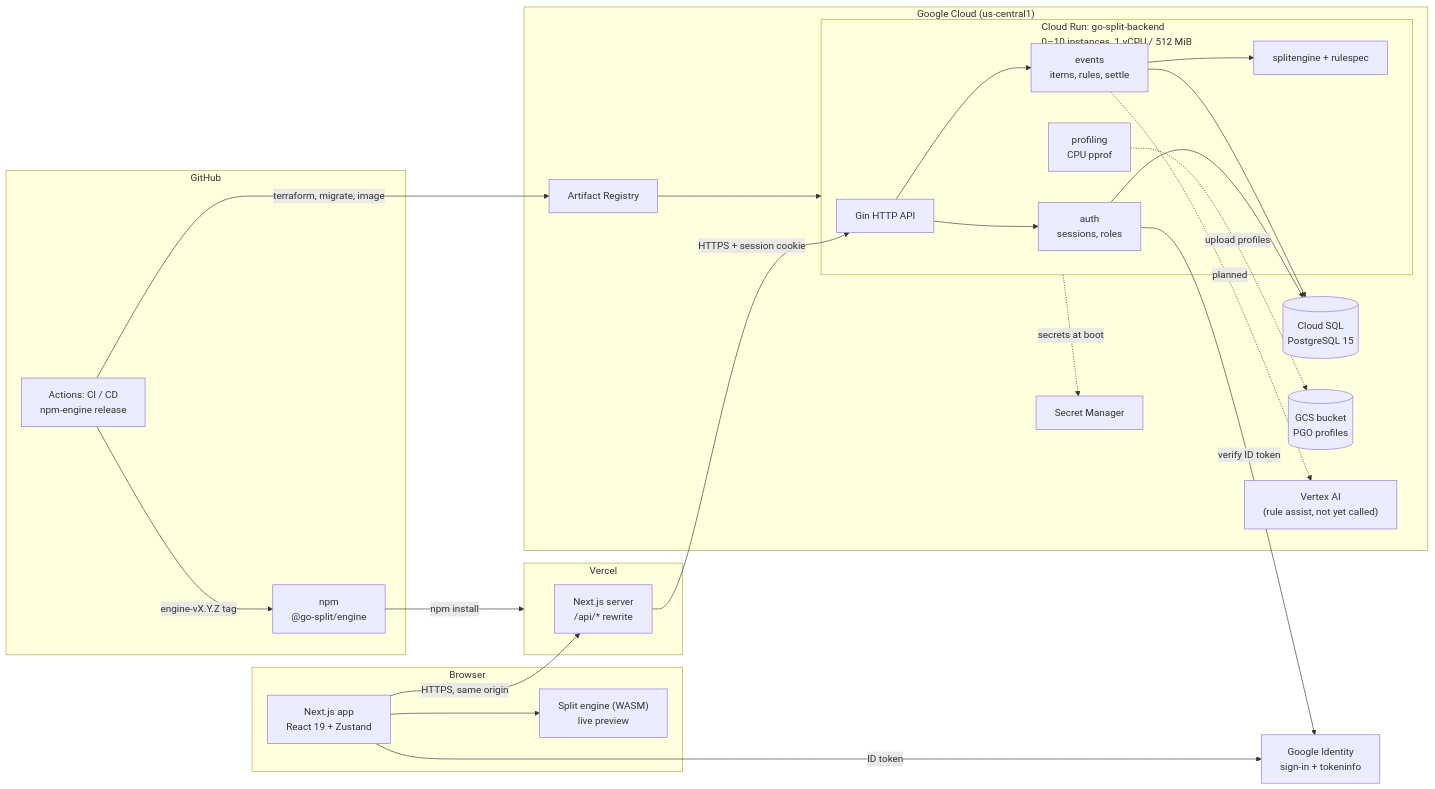
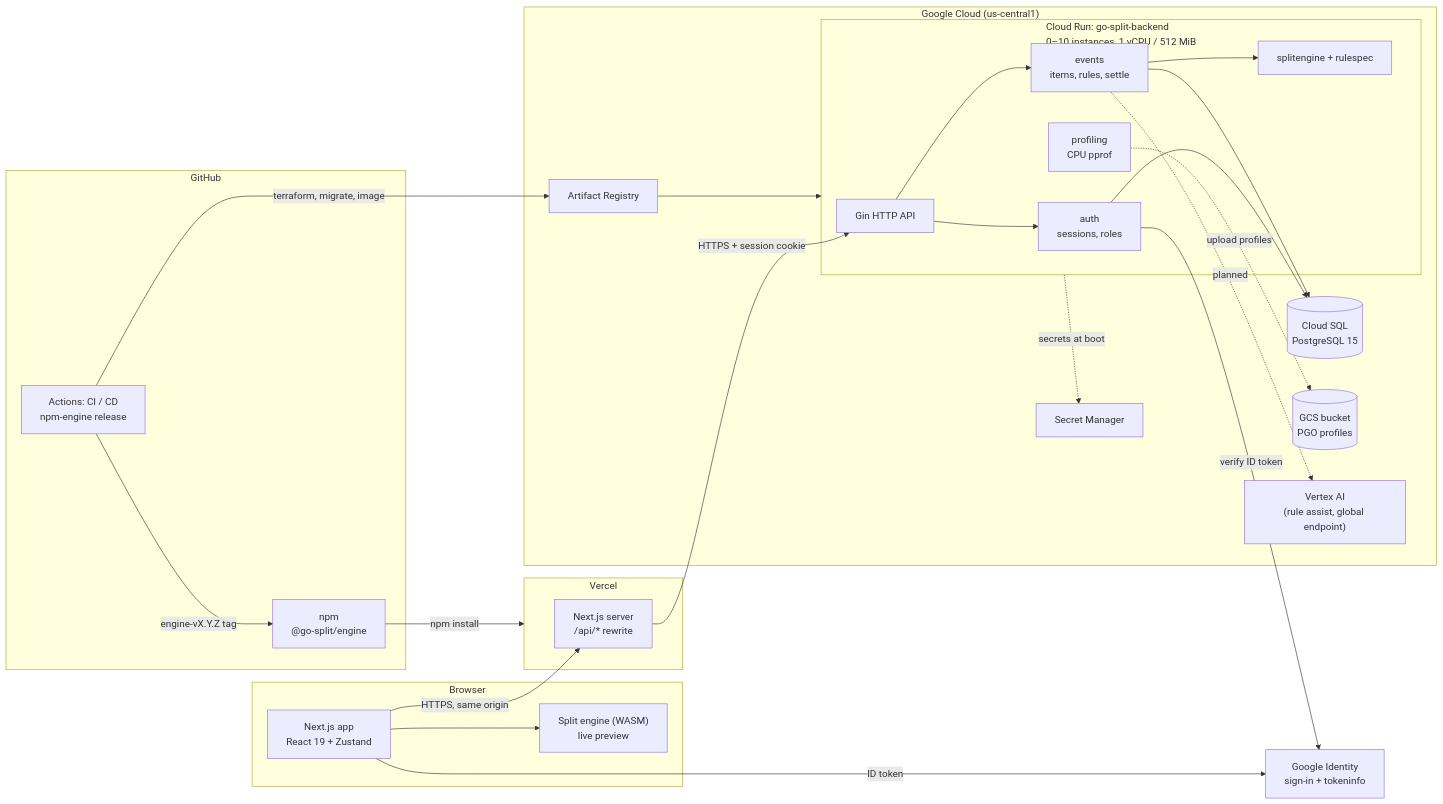
Before and after one commit to 2026-MentorShip-Project/go-split-backend: the third of 3 diagrams in docs/report/01-architecture.md, drawn with Mermaid. The commit also changed other lines of this file and 8 other files, not shown here.

````diff
--- a/docs/report/01-architecture.md
+++ b/docs/report/01-architecture.md
@@ -124,52 +124,52 @@
 ```mermaid
 flowchart LR
     subgraph Browser
         UI["Next.js app<br/>React 19 + Zustand"]
         WASM["Split engine (WASM)<br/>live preview"]
         UI --> WASM
     end
 
     Google["Google Identity<br/>sign-in + tokeninfo"]
 
     subgraph Vercel
         FE["Next.js server<br/>/api/* rewrite"]
     end
 
     subgraph GCP["Google Cloud (us-central1)"]
         subgraph Run["Cloud Run: go-split-backend<br/>0–10 instances, 1 vCPU / 512 MiB"]
             API["Gin HTTP API"]
             AUTH["auth<br/>sessions, roles"]
             EVT["events<br/>items, rules, settle"]
             ENG["splitengine + rulespec"]
             PROF["profiling<br/>CPU pprof"]
             API --> AUTH
             API --> EVT
             EVT --> ENG
         end
         SQL[("Cloud SQL<br/>PostgreSQL 15")]
         SM["Secret Manager"]
         GCS[("GCS bucket<br/>PGO profiles")]
-        VTX["Vertex AI<br/>(rule assist, not yet called)"]
+        VTX["Vertex AI<br/>(rule assist, global endpoint)"]
         GAR["Artifact Registry"]
     end
 
     subgraph GitHub
         CI["Actions: CI / CD<br/>npm-engine release"]
         NPM["npm<br/>@go-split/engine"]
     end
 
     UI -- "HTTPS, same origin" --> FE
     UI -- "ID token" --> Google
     FE -- "HTTPS + session cookie" --> API
     AUTH -- "verify ID token" --> Google
     AUTH --> SQL
     EVT --> SQL
     Run -. "secrets at boot" .-> SM
     PROF -. "upload profiles" .-> GCS
     EVT -. planned .-> VTX
 
     CI -- "terraform, migrate, image" --> GAR
     GAR --> Run
     CI -- "engine-vX.Y.Z tag" --> NPM
     NPM -- "npm install" --> Vercel
 ```
````
